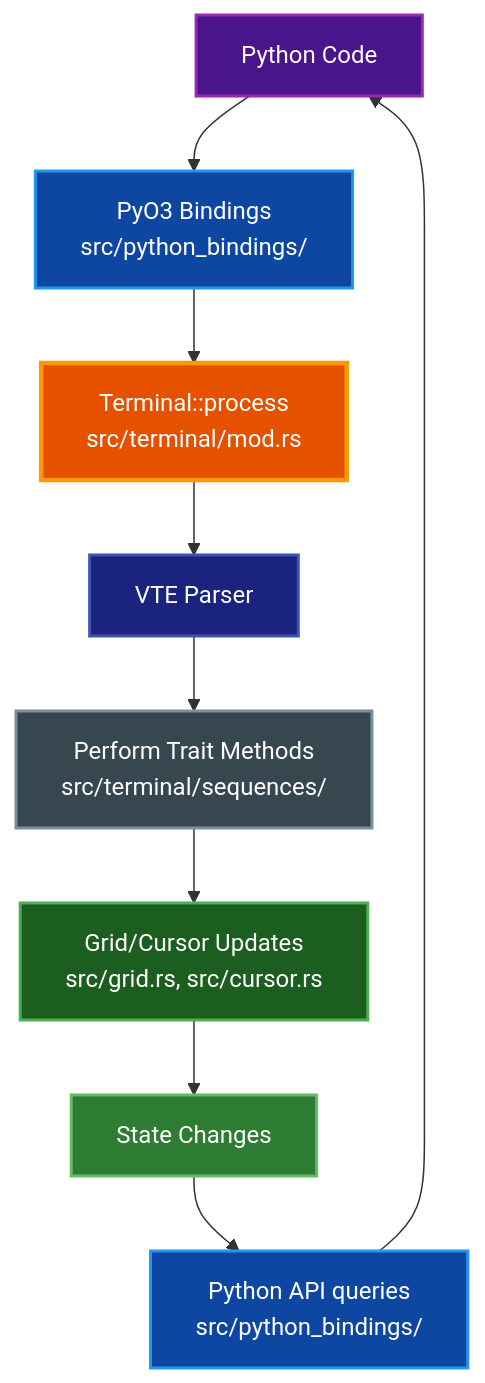
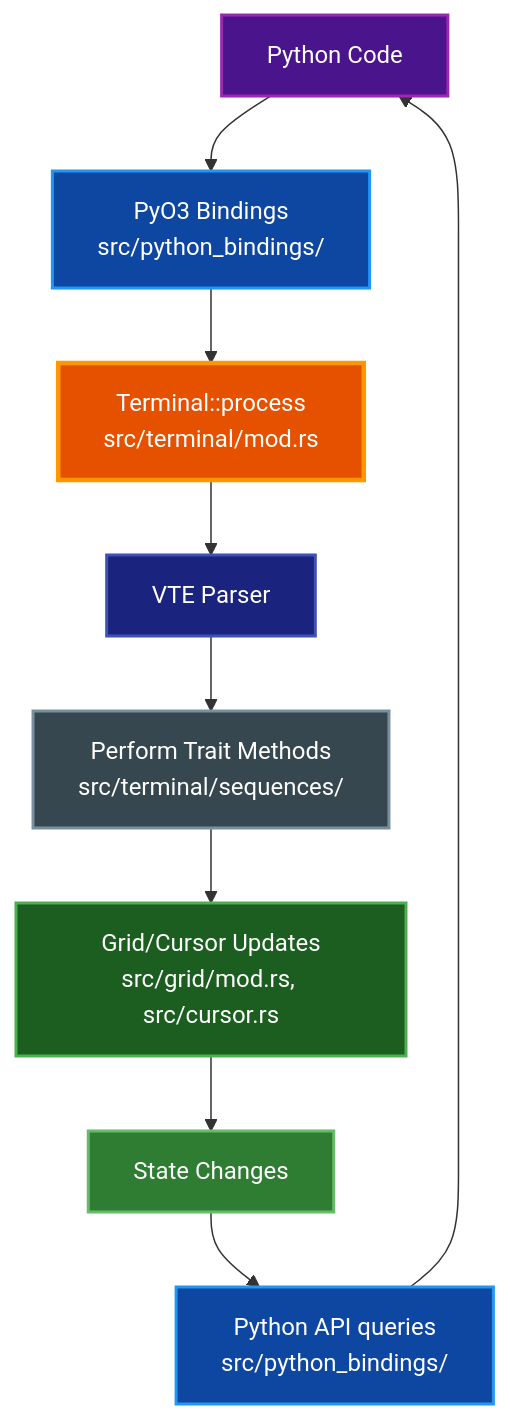
Before and after one commit to paulrobello/par-term-emu-core-rust: the second of 6 diagrams in docs/ARCHITECTURE.md, drawn with Mermaid. The commit also changed other lines of this file and 17 other files, not shown here.

````diff
--- a/docs/ARCHITECTURE.md
+++ b/docs/ARCHITECTURE.md
@@ -431,29 +431,29 @@
 ```mermaid
 graph TD
     A[Python Code]
     B[PyO3 Bindings<br/>src/python_bindings/]
     C[Terminal::process<br/>src/terminal/mod.rs]
     D[VTE Parser]
     E[Perform Trait Methods<br/>src/terminal/sequences/]
-    F[Grid/Cursor Updates<br/>src/grid.rs, src/cursor.rs]
+    F[Grid/Cursor Updates<br/>src/grid/mod.rs, src/cursor.rs]
     G[State Changes]
     H[Python API queries<br/>src/python_bindings/]
 
     A --> B
     B --> C
     C --> D
     D --> E
     E --> F
     F --> G
     G --> H
     H --> A
 
     style A fill:#4a148c,stroke:#9c27b0,stroke-width:2px,color:#ffffff
     style B fill:#0d47a1,stroke:#2196f3,stroke-width:2px,color:#ffffff
     style C fill:#e65100,stroke:#ff9800,stroke-width:3px,color:#ffffff
     style D fill:#1a237e,stroke:#3f51b5,stroke-width:2px,color:#ffffff
     style E fill:#37474f,stroke:#78909c,stroke-width:2px,color:#ffffff
     style F fill:#1b5e20,stroke:#4caf50,stroke-width:2px,color:#ffffff
     style G fill:#2e7d32,stroke:#66bb6a,stroke-width:2px,color:#ffffff
     style H fill:#0d47a1,stroke:#2196f3,stroke-width:2px,color:#ffffff
 ```
````
